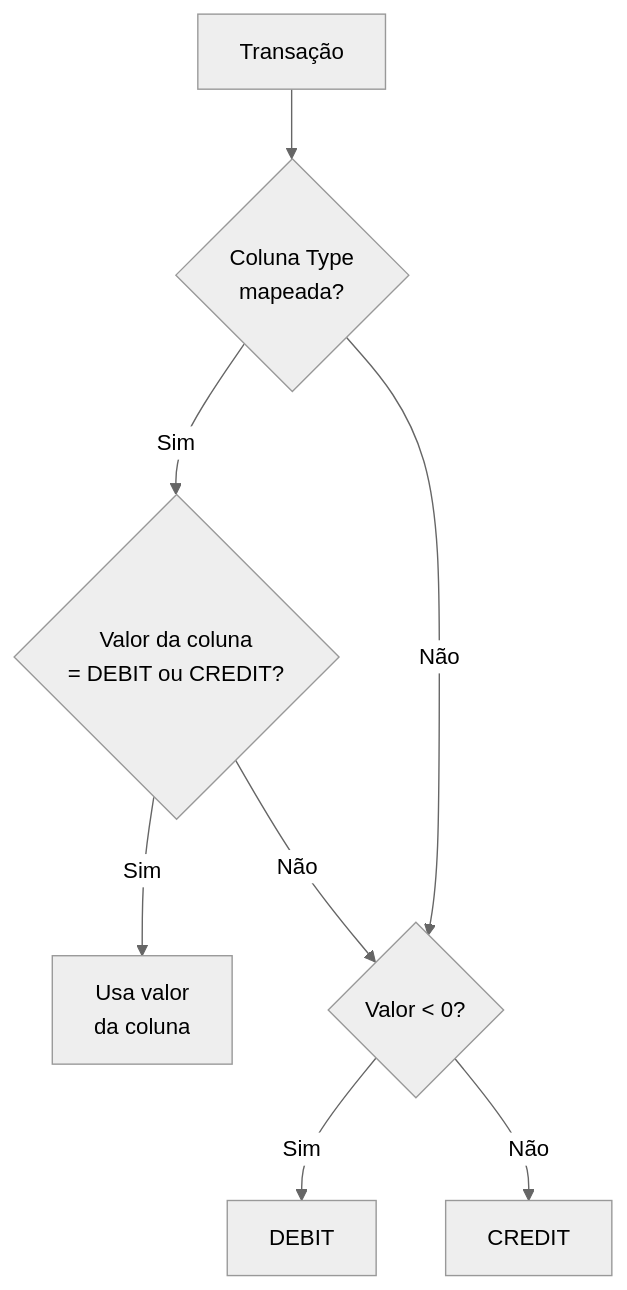
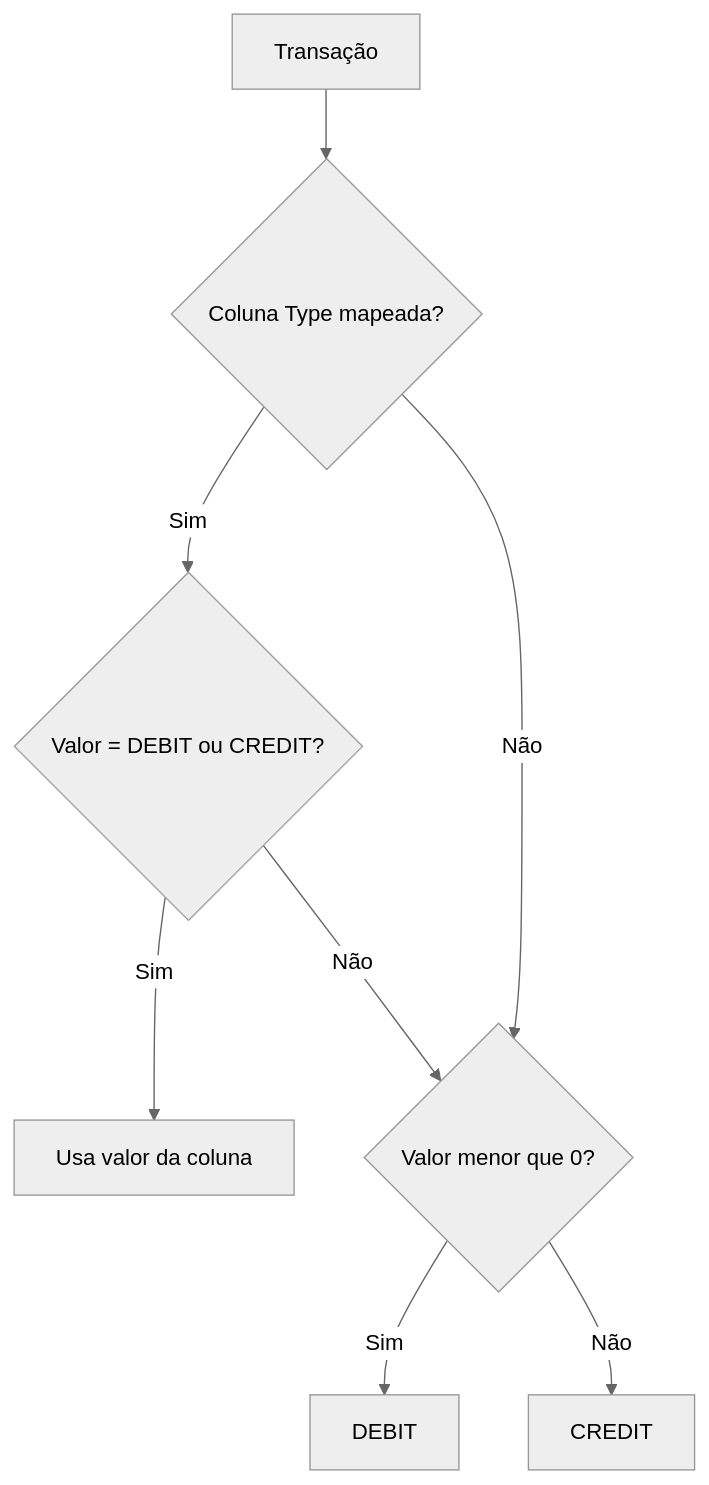
Before and after one commit to andrebarsotti/csv-to-ofx-converter: the second of 4 diagrams in docs/pt-BR/visao-geral.md, drawn with Mermaid (neutral theme). The commit also changed other lines of this file and 13 other files, not shown here.

Commit message:
fix: Remove unsupported br tags from Mermaid diagrams for GitHub rendering

````diff
--- a/docs/pt-BR/visao-geral.md
+++ b/docs/pt-BR/visao-geral.md
@@ -181,10 +181,10 @@
 ```mermaid
 flowchart TD
-    A[Transação] --> B{Coluna Type<br/>mapeada?}
-    B -->|Sim| C{Valor da coluna<br/>= DEBIT ou CREDIT?}
-    C -->|Sim| D[Usa valor<br/>da coluna]
-    C -->|Não| E{Valor < 0?}
+    A[Transação] --> B{Coluna Type mapeada?}
+    B -->|Sim| C{Valor = DEBIT ou CREDIT?}
+    C -->|Sim| D[Usa valor da coluna]
+    C -->|Não| E{Valor menor que 0?}
     B -->|Não| E
     E -->|Sim| F[DEBIT]
     E -->|Não| G[CREDIT]
 ```
````
